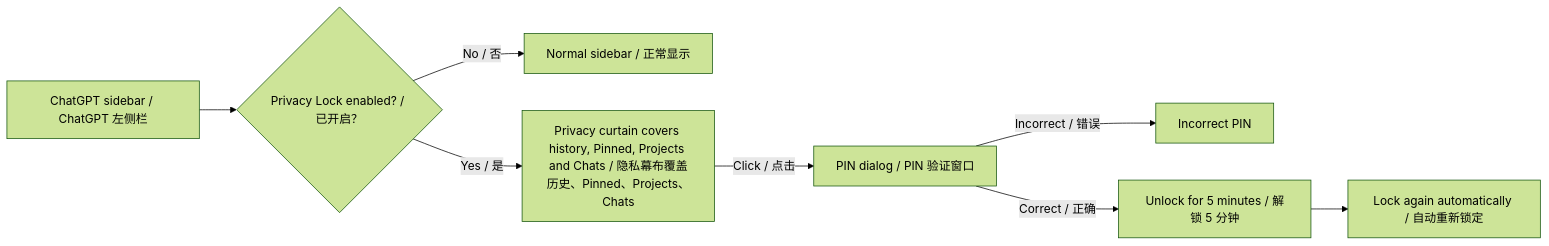
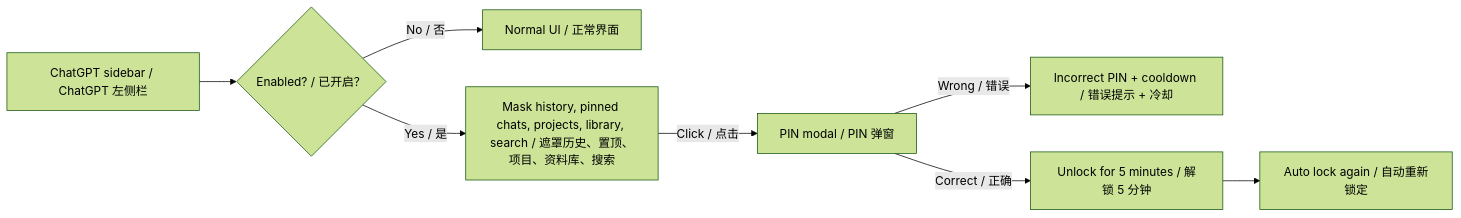
One commit to Marcel330-ait/chatgpt-privacy-lock changed the diagram in README.md. Above: the diagram before and after it, drawn with Mermaid (forest theme). The commit also changed other lines of this file and 17 other files, not shown here.

````diff
--- a/README.md
+++ b/README.md
@@ -13,10 +25,10 @@
 ```mermaid
 flowchart LR
-    A["ChatGPT sidebar / ChatGPT 左侧栏"] --> B{"Privacy Lock enabled? / 已开启？"}
-    B -->|No / 否| C["Normal sidebar / 正常显示"]
-    B -->|Yes / 是| D["Privacy curtain covers history, Pinned, Projects and Chats / 隐私幕布覆盖历史、Pinned、Projects、Chats"]
-    D -->|Click / 点击| E["PIN dialog / PIN 验证窗口"]
-    E -->|Incorrect / 错误| F["Incorrect PIN"]
+    A["ChatGPT sidebar / ChatGPT 左侧栏"] --> B{"Enabled? / 已开启？"}
+    B -->|No / 否| C["Normal UI / 正常界面"]
+    B -->|Yes / 是| D["Mask history, pinned chats, projects, library, search / 遮罩历史、置顶、项目、资料库、搜索"]
+    D -->|Click / 点击| E["PIN modal / PIN 弹窗"]
+    E -->|Wrong / 错误| F["Incorrect PIN + cooldown / 错误提示 + 冷却"]
     E -->|Correct / 正确| G["Unlock for 5 minutes / 解锁 5 分钟"]
-    G --> H["Lock again automatically / 自动重新锁定"]
+    G --> H["Auto lock again / 自动重新锁定"]
 ```
````
